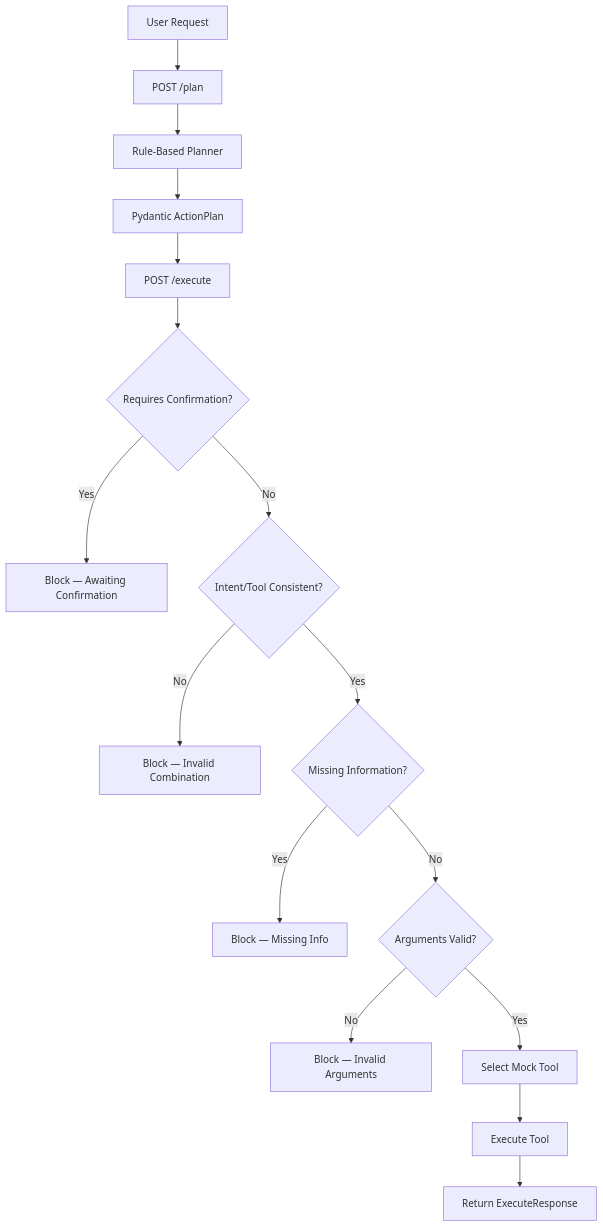
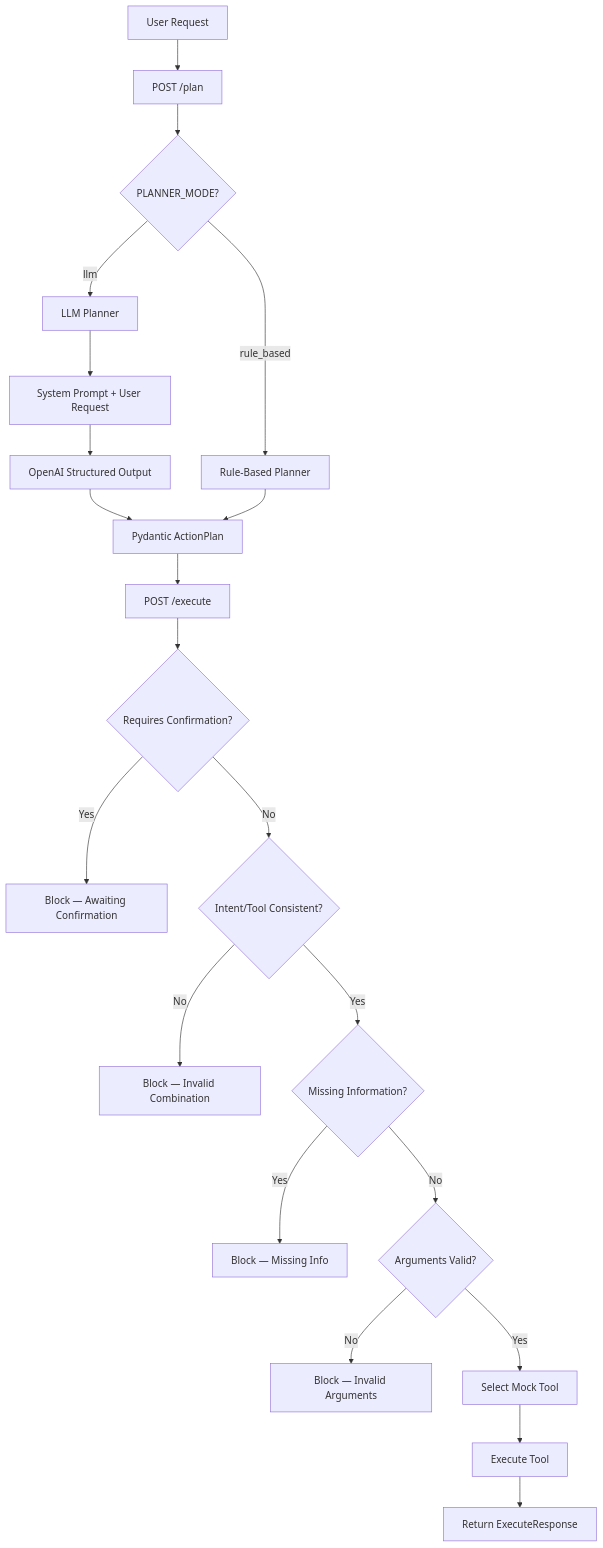
Before and after one commit to caydin5/saas-ops-ai-agent: the diagram in README.md, drawn with Mermaid. The commit also changed other lines of this file and 7 other files, not shown here.

First line of the commit message:
Fix: strict structured-output schema, LLM fallback, README accuracy

````diff
--- a/README.md
+++ b/README.md
@@ -64,18 +101,23 @@
 ```mermaid
 flowchart TD
     A[User Request] --> B[POST /plan]
-    B --> C[Rule-Based Planner]
-    C --> D[Pydantic ActionPlan]
-    D --> E[POST /execute]
-    E --> F{Requires Confirmation?}
-    F -->|Yes| G1[Block — Awaiting Confirmation]
-    F -->|No| H{Intent/Tool Consistent?}
-    H -->|No| G2[Block — Invalid Combination]
-    H -->|Yes| I{Missing Information?}
-    I -->|Yes| G3[Block — Missing Info]
-    I -->|No| J{Arguments Valid?}
-    J -->|No| G4[Block — Invalid Arguments]
-    J -->|Yes| K[Select Mock Tool]
-    K --> L[Execute Tool]
-    L --> M[Return ExecuteResponse]
+    B --> C{PLANNER_MODE?}
+    C -->|rule_based| D[Rule-Based Planner]
+    C -->|llm| E[LLM Planner]
+    E --> F[System Prompt + User Request]
+    F --> G[OpenAI Structured Output]
+    G --> H[Pydantic ActionPlan]
+    D --> H
+    H --> I[POST /execute]
+    I --> J{Requires Confirmation?}
+    J -->|Yes| K1[Block — Awaiting Confirmation]
+    J -->|No| L{Intent/Tool Consistent?}
+    L -->|No| K2[Block — Invalid Combination]
+    L -->|Yes| M{Missing Information?}
+    M -->|Yes| K3[Block — Missing Info]
+    M -->|No| N{Arguments Valid?}
+    N -->|No| K4[Block — Invalid Arguments]
+    N -->|Yes| O[Select Mock Tool]
+    O --> P[Execute Tool]
+    P --> Q[Return ExecuteResponse]
 ```
````
